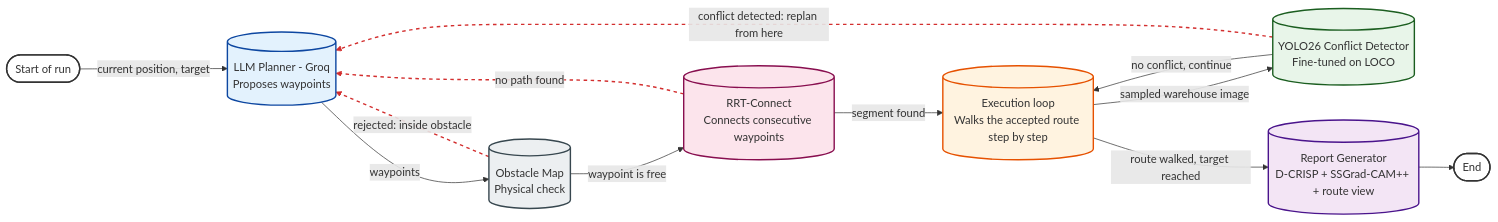
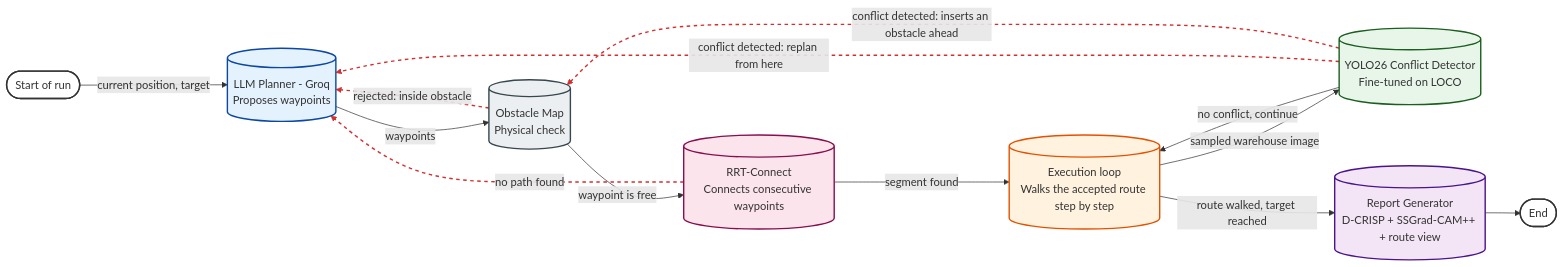
One commit to albertoflorod13-debug/xai-benchmark-autonomous-driving changed the diagram in industrial_use_case/README.md. Above: the diagram before and after it, drawn with Mermaid. The commit also changed other lines of this file and 5 other files, not shown here.

````diff
--- a/industrial_use_case/README.md
+++ b/industrial_use_case/README.md
@@ -20,37 +20,39 @@
 ```mermaid
 graph LR
     Start([Start of run])
     LLM[(LLM Planner - Groq<br/>Proposes waypoints)]
     Obs[(Obstacle Map<br/>Physical check)]
     RRT[(RRT-Connect<br/>Connects consecutive waypoints)]
     Exec[(Execution loop<br/>Walks the accepted route step by step)]
     Det[(YOLO26 Conflict Detector<br/>Fine-tuned on LOCO)]
     Report[(Report Generator<br/>D-CRISP + SSGrad-CAM++ + route view)]
     End([End])
 
     Start -->|current position, target| LLM
     LLM -->|waypoints| Obs
     Obs -->|waypoint is free| RRT
     RRT -->|segment found| Exec
     Exec -->|sampled warehouse image| Det
     Det -->|no conflict, continue| Exec
     Exec -->|route walked, target reached| Report
     Report --> End
 
     Obs -.->|rejected: inside obstacle| LLM
     RRT -.->|no path found| LLM
     Det -.->|conflict detected: replan from here| LLM
+    Det -.->|conflict detected: inserts an obstacle ahead| Obs
 
     style Start fill:#ffffff,stroke:#333,stroke-width:2px
     style End fill:#ffffff,stroke:#333,stroke-width:2px
     style LLM fill:#e3f2fd,stroke:#0d47a1,stroke-width:2px
     style Obs fill:#eceff1,stroke:#37474f,stroke-width:2px
     style RRT fill:#fce4ec,stroke:#880e4f,stroke-width:2px
     style Exec fill:#fff3e0,stroke:#e65100,stroke-width:2px
     style Det fill:#e8f5e9,stroke:#1b5e20,stroke-width:2px
     style Report fill:#f3e5f5,stroke:#4a148c,stroke-width:2px
 
     linkStyle 8 stroke:#d32f2f,stroke-width:2px,stroke-dasharray: 5 5
     linkStyle 9 stroke:#d32f2f,stroke-width:2px,stroke-dasharray: 5 5
     linkStyle 10 stroke:#d32f2f,stroke-width:2px,stroke-dasharray: 5 5
+    linkStyle 11 stroke:#d32f2f,stroke-width:2px,stroke-dasharray: 5 5
 ```
````
